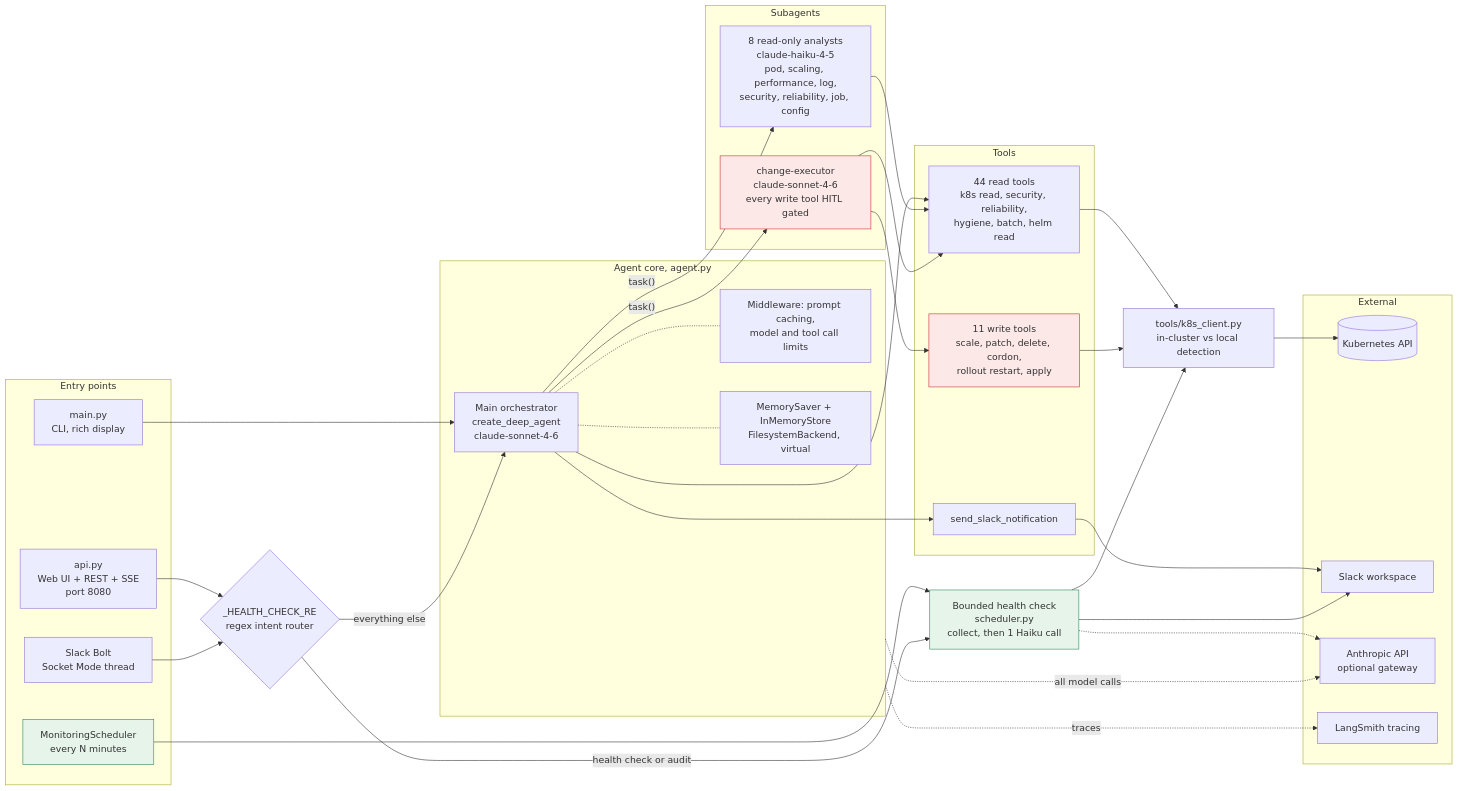
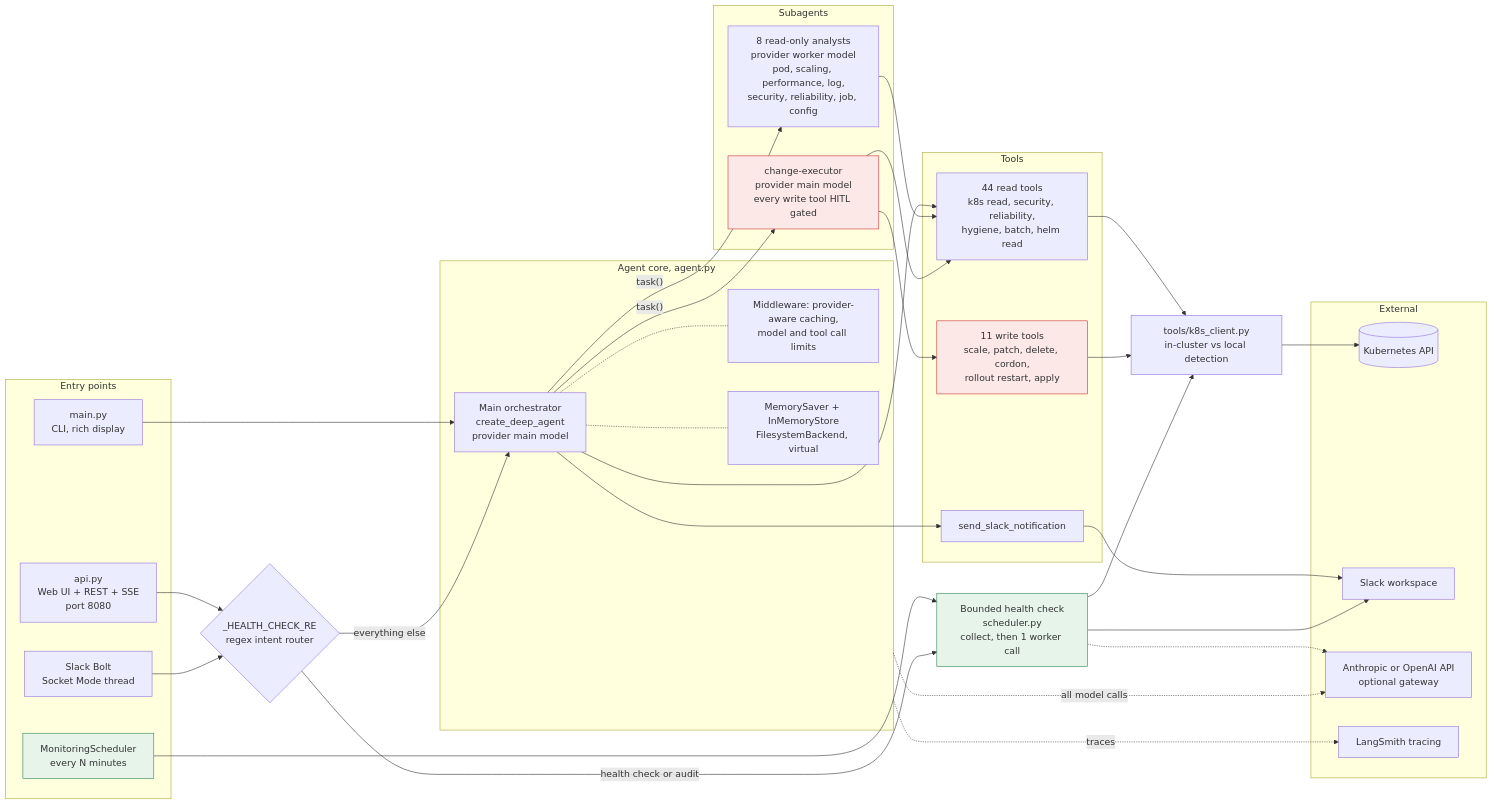
The second of 5 diagrams in docs/architecture.md (jonfairbanks/sre-agent), drawn with Mermaid before and after one commit. The commit also changed other lines of this file and 47 other files, not shown here.

````diff
--- a/docs/architecture.md
+++ b/docs/architecture.md
@@ -98,72 +98,72 @@
 ```mermaid
 flowchart LR
     subgraph entry["Entry points"]
         CLI["main.py<br/>CLI, rich display"]
         WEB["api.py<br/>Web UI + REST + SSE<br/>port 8080"]
         BOLT["Slack Bolt<br/>Socket Mode thread"]
         SCHED["MonitoringScheduler<br/>every N minutes"]
     end
 
     ROUTER{"_HEALTH_CHECK_RE<br/>regex intent router"}
 
     subgraph core["Agent core, agent.py"]
-        ORCH["Main orchestrator<br/>create_deep_agent<br/>claude-sonnet-4-6"]
-        MW["Middleware: prompt caching,<br/>model and tool call limits"]
+        ORCH["Main orchestrator<br/>create_deep_agent<br/>provider main model"]
+        MW["Middleware: provider-aware caching,<br/>model and tool call limits"]
         MEM["MemorySaver + InMemoryStore<br/>FilesystemBackend, virtual"]
         ORCH -.- MW
         ORCH -.- MEM
     end
 
-    BOUND["Bounded health check<br/>scheduler.py<br/>collect, then 1 Haiku call"]
+    BOUND["Bounded health check<br/>scheduler.py<br/>collect, then 1 worker call"]
 
     subgraph agents["Subagents"]
-        RO["8 read-only analysts<br/>claude-haiku-4-5<br/>pod, scaling, performance, log,<br/>security, reliability, job, config"]
-        CE["change-executor<br/>claude-sonnet-4-6<br/>every write tool HITL gated"]
+        RO["8 read-only analysts<br/>provider worker model<br/>pod, scaling, performance, log,<br/>security, reliability, job, config"]
+        CE["change-executor<br/>provider main model<br/>every write tool HITL gated"]
     end
 
     subgraph toolset["Tools"]
         RT["44 read tools<br/>k8s read, security, reliability,<br/>hygiene, batch, helm read"]
         WT["11 write tools<br/>scale, patch, delete, cordon,<br/>rollout restart, apply"]
         ST["send_slack_notification"]
     end
 
     K8C["tools/k8s_client.py<br/>in-cluster vs local detection"]
 
     subgraph ext["External"]
         K8S[("Kubernetes API")]
         SLK["Slack workspace"]
-        ANTH["Anthropic API<br/>optional gateway"]
+        LLM["Anthropic or OpenAI API<br/>optional gateway"]
         LS["LangSmith tracing"]
     end
 
     CLI --> ORCH
     WEB --> ROUTER
     BOLT --> ROUTER
     SCHED --> BOUND
     ROUTER -->|"health check or audit"| BOUND
     ROUTER -->|"everything else"| ORCH
 
     ORCH -->|"task()"| RO
     ORCH -->|"task()"| CE
     ORCH --> RT
     ORCH --> ST
     RO --> RT
     CE --> RT
     CE --> WT
 
     RT --> K8C
     WT --> K8C
     BOUND --> K8C
     K8C --> K8S
     ST --> SLK
     BOUND --> SLK
 
-    core -.->|"all model calls"| ANTH
-    BOUND -.-> ANTH
+    core -.->|"all model calls"| LLM
+    BOUND -.-> LLM
     core -.->|"traces"| LS
 
     classDef write fill:#fde8e8,stroke:#c53030
     classDef bounded fill:#e6f4ea,stroke:#2f855a
     class CE,WT write
     class BOUND,SCHED bounded
 ```
````
